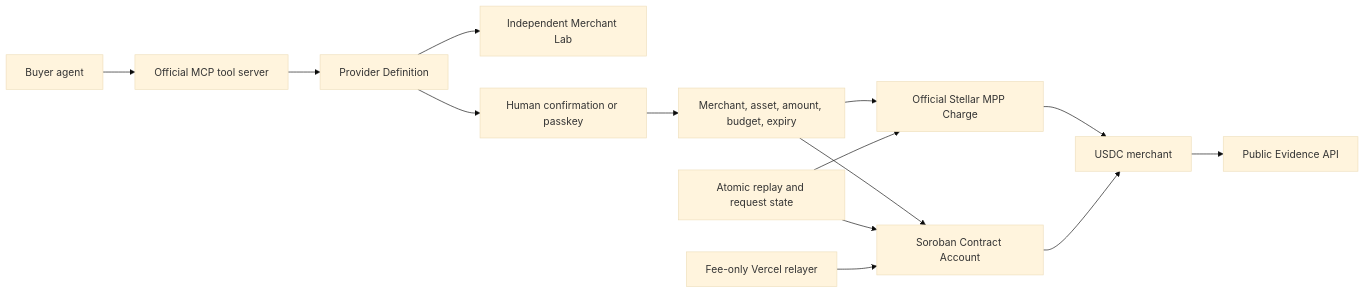
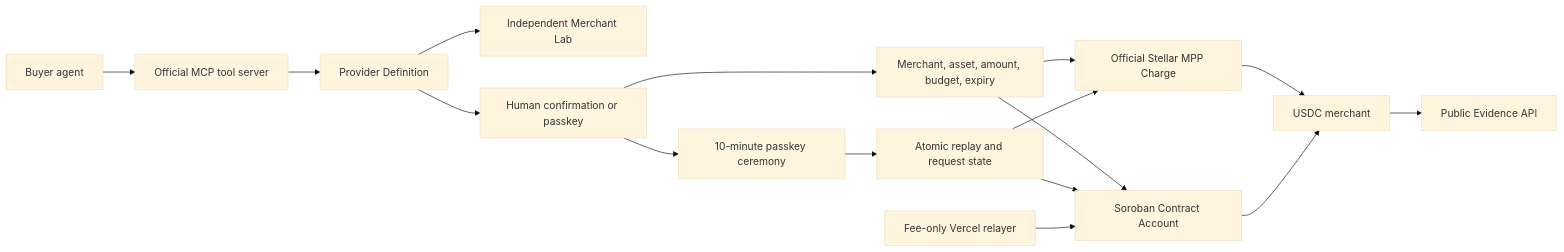
Before and after one commit to CaBsCrypto/stellar-agent-spend-hub: the first of 2 diagrams in docs/architecture.md, drawn with Mermaid (base theme). The commit also changed other lines of this file and 17 other files, not shown here.

````diff
--- a/docs/architecture.md
+++ b/docs/architecture.md
@@ -9,16 +9,18 @@
 ```mermaid
 flowchart LR
   Agent["Buyer agent"] --> MCP["Official MCP tool server"]
   MCP --> Directory["Provider Definition"]
   Directory --> MerchantLab["Independent Merchant Lab"]
+  Authorization --> Ceremony["10-minute passkey ceremony"]
   Directory --> Authorization["Human confirmation or passkey"]
   Authorization --> Policy["Merchant, asset, amount, budget, expiry"]
   Policy --> MPP["Official Stellar MPP Charge"]
   Policy --> Account["Soroban Contract Account"]
   MPP --> Merchant["USDC merchant"]
   Account --> Merchant
+  Ceremony --> Upstash
   Merchant --> Evidence["Public Evidence API"]
   Upstash["Atomic replay and request state"] --> MPP
   Upstash --> Account
   Relayer["Fee-only Vercel relayer"] --> Account
 ```
````
